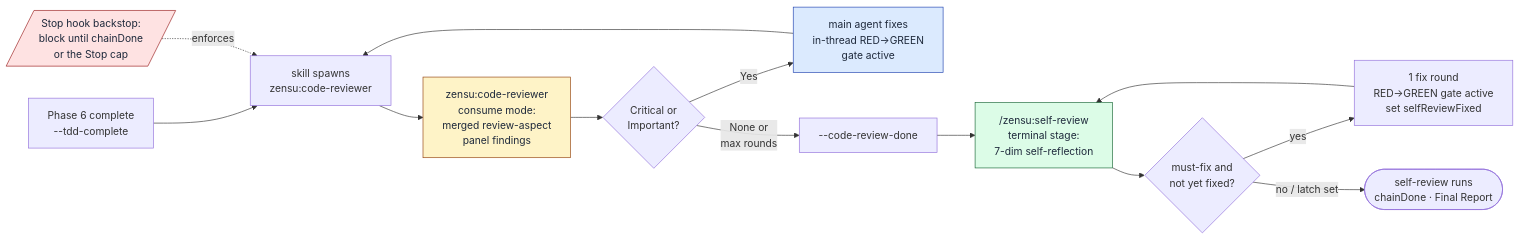
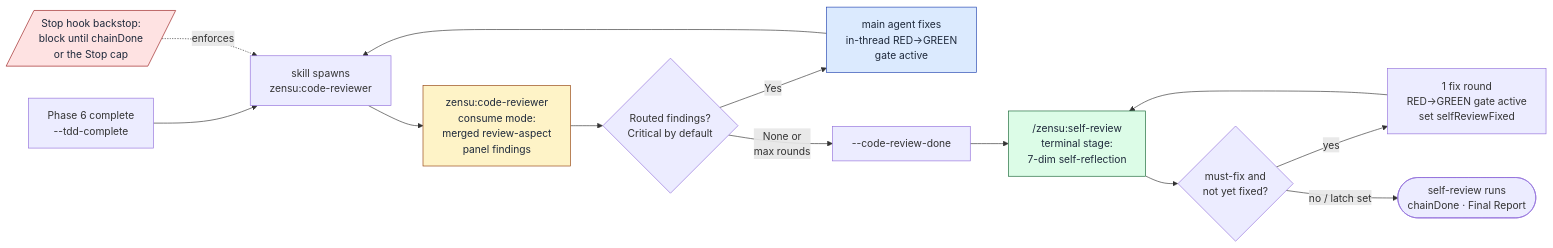
Before and after one commit to MKITConsulting/zensu-claude-code: the fourth of 4 diagrams in docs/tdd-manager-workflow.md, drawn with Mermaid. The commit also changed other lines of this file and 7 other files, not shown here.

````diff
--- a/docs/tdd-manager-workflow.md
+++ b/docs/tdd-manager-workflow.md
@@ -449,20 +449,20 @@
 ```mermaid
 flowchart LR
     P6[Phase 6 complete<br/>--tdd-complete] --> Spawn[skill spawns<br/>zensu:code-reviewer]
     Stop[/Stop hook backstop:<br/>block until chainDone<br/>or the Stop cap/] -.enforces.-> Spawn
     Spawn --> Reviewer[zensu:code-reviewer<br/>consume mode:<br/>merged review-aspect<br/>panel findings]
-    Reviewer --> Findings{Critical or<br/>Important?}
+    Reviewer --> Findings{Routed findings?<br/>Critical by default}
     Findings -->|Yes| Fix[main agent fixes<br/>in-thread RED→GREEN<br/>gate active]
     Fix --> Spawn
     Findings -->|None or<br/>max rounds| CRD[--code-review-done]
     CRD --> SelfRev["/zensu:self-review<br/>terminal stage:<br/>7-dim self-reflection"]
     SelfRev --> MustFix{must-fix and<br/>not yet fixed?}
     MustFix -->|yes| SRFix[1 fix round<br/>RED→GREEN gate active<br/>set selfReviewFixed]
     SRFix --> SelfRev
     MustFix -->|no / latch set| Done([self-review runs<br/>chainDone · Final Report])
 
     style Reviewer fill:#fef3c7,stroke:#92400e,color:#1e293b
     style SelfRev fill:#dcfce7,stroke:#166534,color:#1e293b
     style Fix fill:#dbeafe,stroke:#1e40af,color:#1e293b
     style Stop fill:#fee2e2,stroke:#991b1b,color:#1e293b
 ```
````
